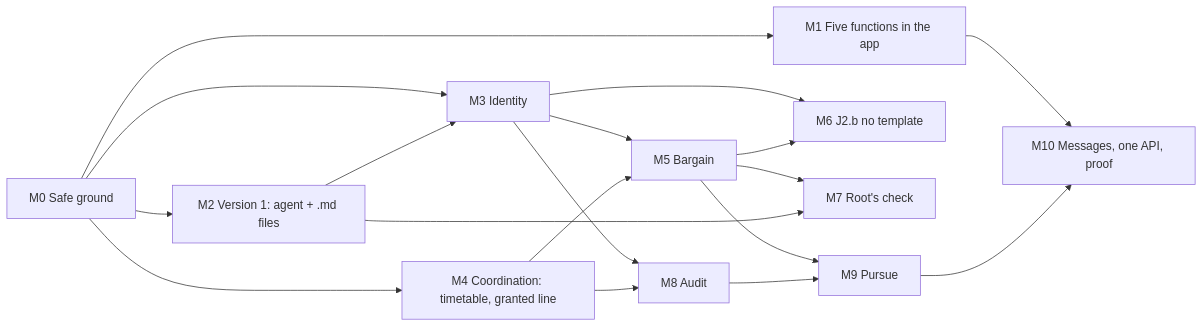
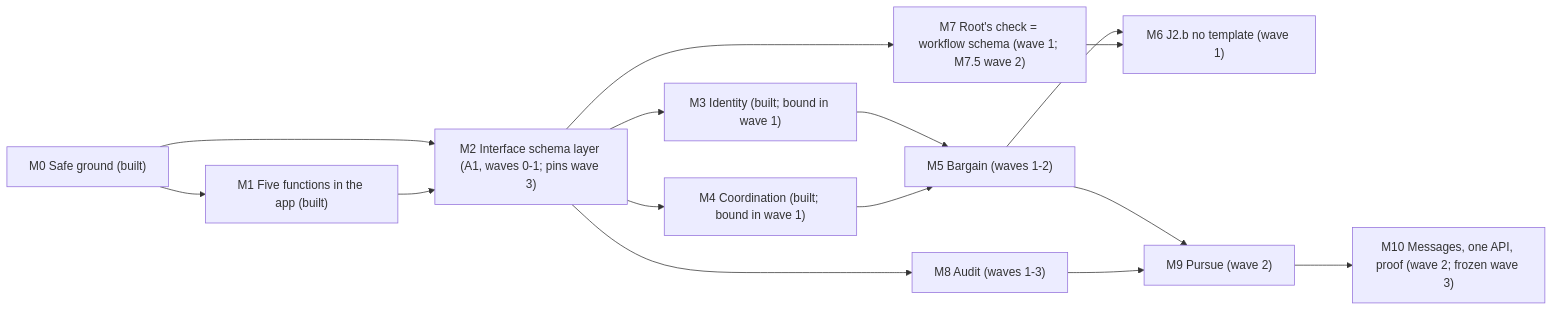
The third of 3 diagrams in marketplace/plugin/sutra-ui/design/PRD-FIVE-FUNCTIONS.md (sankalpasawa/sutra), drawn with Mermaid before and after one commit. The commit also changed other lines of this file and 2 other files, not shown here.

First line of the commit message:
sutra-ui design: amendment A1, the interface schema layer

````diff
--- a/marketplace/plugin/sutra-ui/design/PRD-FIVE-FUNCTIONS.md
+++ b/marketplace/plugin/sutra-ui/design/PRD-FIVE-FUNCTIONS.md
@@ -405,20 +427,17 @@
 ```mermaid
 flowchart LR
-  M0["M0 Safe ground"] --> M1["M1 Five functions in the app"]
-  M0 --> M2["M2 Version 1: agent + .md files"]
-  M0 --> M3["M3 Identity"]
-  M2 --> M3
-  M0 --> M4["M4 Coordination: timetable, granted line"]
-  M3 --> M5["M5 Bargain"]
+  M0["M0 Safe ground (built)"] --> M1["M1 Five functions in the app (built)"]
+  M0 --> M2["M2 Interface schema layer (A1, waves 0-1; pins wave 3)"]
+  M1 --> M2
+  M2 --> M3["M3 Identity (built; bound in wave 1)"]
+  M2 --> M4["M4 Coordination (built; bound in wave 1)"]
+  M2 --> M7["M7 Root's check = workflow schema (wave 1; M7.5 wave 2)"]
+  M3 --> M5["M5 Bargain (waves 1-2)"]
   M4 --> M5
-  M3 --> M6["M6 J2.b no template"]
-  M5 --> M6
-  M5 --> M7["M7 Root's check"]
-  M2 --> M7
-  M3 --> M8["M8 Audit"]
-  M4 --> M8
-  M5 --> M9["M9 Pursue"]
+  M5 --> M6["M6 J2.b no template (wave 1)"]
+  M7 --> M6
+  M2 --> M8["M8 Audit (waves 1-3)"]
+  M5 --> M9["M9 Pursue (wave 2)"]
   M8 --> M9
-  M1 --> M10["M10 Messages, one API, proof"]
-  M9 --> M10
+  M9 --> M10["M10 Messages, one API, proof (wave 2; frozen wave 3)"]
 ```
````
